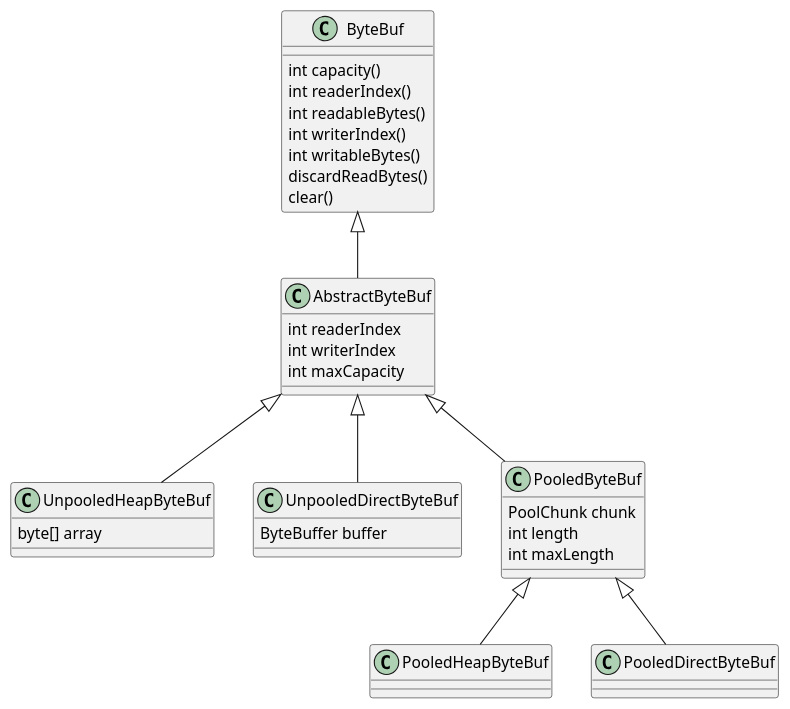
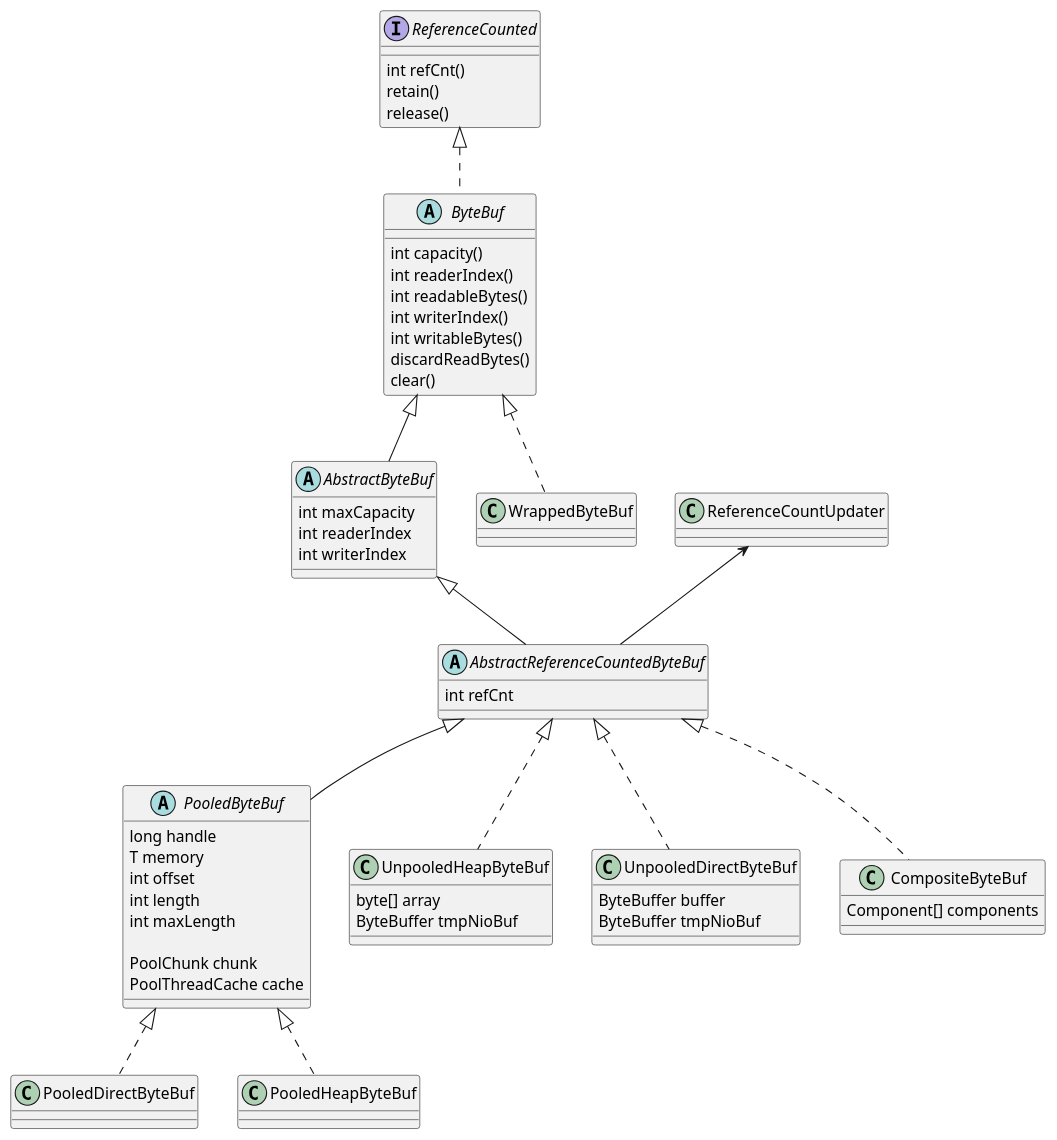
Before and after one commit to dfxyz/notes: diagram 13 of 15 in Netty学习笔记.md, drawn with PlantUML. The commit also changed other lines of this file and 4 other files, not shown here.

````diff
--- a/Netty学习笔记.md
+++ b/Netty学习笔记.md
@@ -646,40 +622,66 @@
 ```plantuml
 @startuml
-class ByteBuf {
+interface ReferenceCounted {
+    int refCnt()
+    retain()
+    release()
+}
+
+abstract class ByteBuf {
     int capacity()
     int readerIndex()
     int readableBytes()
     int writerIndex()
     int writableBytes()
     discardReadBytes()
     clear()
 }
 
-class AbstractByteBuf {
+abstract class AbstractByteBuf {
+    int maxCapacity
     int readerIndex
     int writerIndex
-    int maxCapacity
+}
+
+abstract class AbstractReferenceCountedByteBuf {
+    int refCnt
+}
+
+abstract class PooledByteBuf {
+    long handle
+    T memory
+    int offset
+    int length
+    int maxLength
+
+    PoolChunk chunk
+    PoolThreadCache cache
 }
 
 class UnpooledHeapByteBuf {
     byte[] array
+    ByteBuffer tmpNioBuf
 }
 
 class UnpooledDirectByteBuf {
     ByteBuffer buffer
+    ByteBuffer tmpNioBuf
 }
 
-class PooledByteBuf {
-    PoolChunk chunk
-    int length
-    int maxLength
+class CompositeByteBuf {
+    Component[] components
 }
 
+ReferenceCounted <|.. ByteBuf
 ByteBuf <|-- AbstractByteBuf
-AbstractByteBuf <|-- UnpooledHeapByteBuf
-AbstractByteBuf <|-- UnpooledDirectByteBuf
-AbstractByteBuf <|-- PooledByteBuf
-PooledByteBuf <|-- PooledHeapByteBuf
-PooledByteBuf <|-- PooledDirectByteBuf
+ByteBuf <|.. WrappedByteBuf
+AbstractByteBuf <|-- AbstractReferenceCountedByteBuf
+ReferenceCountUpdater <-- AbstractReferenceCountedByteBuf 
+AbstractReferenceCountedByteBuf <|-- PooledByteBuf
+AbstractReferenceCountedByteBuf <|.. UnpooledDirectByteBuf
+AbstractReferenceCountedByteBuf <|.. UnpooledHeapByteBuf
+AbstractReferenceCountedByteBuf <|.. CompositeByteBuf
+PooledByteBuf <|.. PooledDirectByteBuf
+PooledByteBuf <|.. PooledHeapByteBuf
 @enduml
 ```
````
